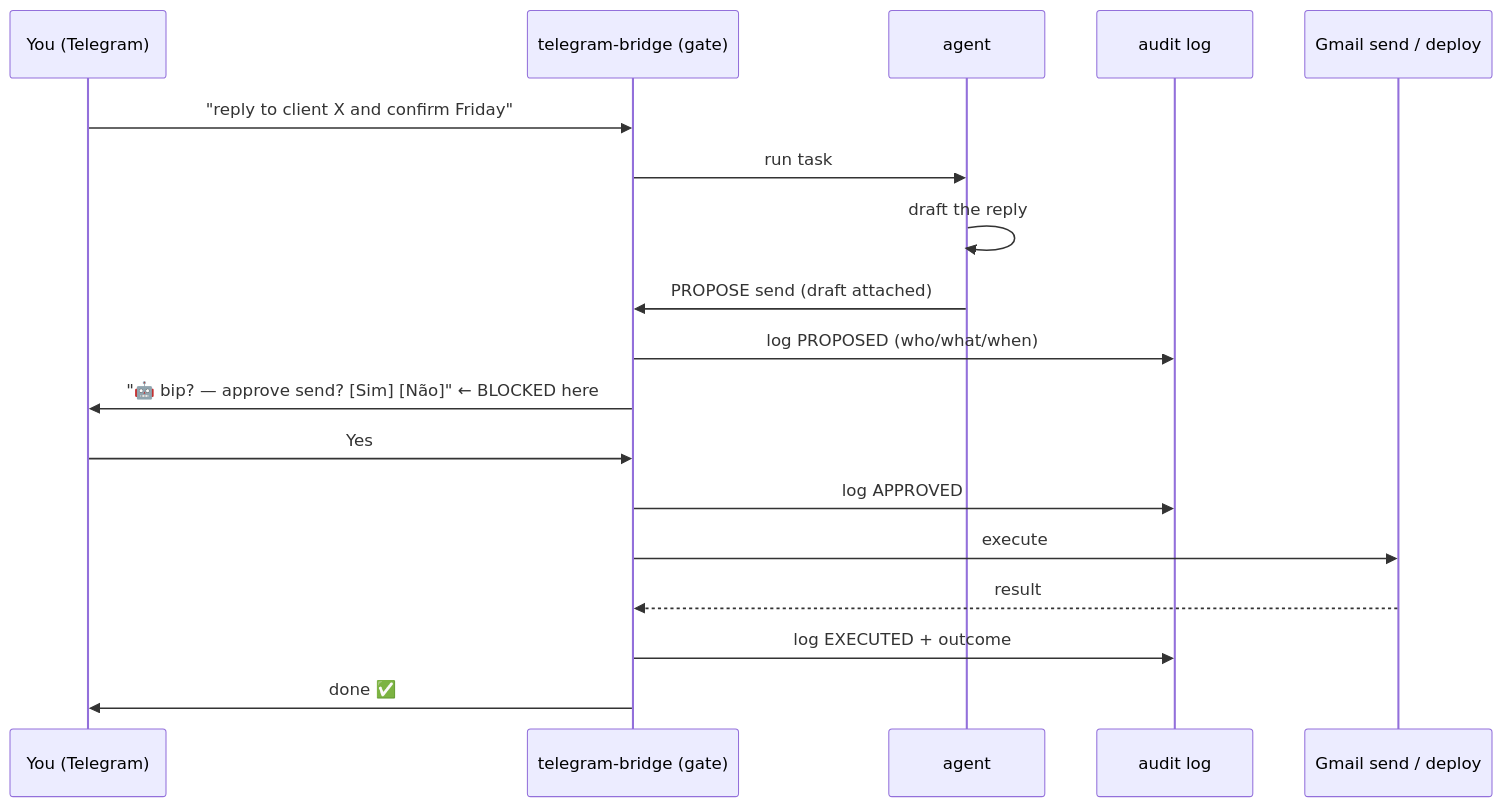
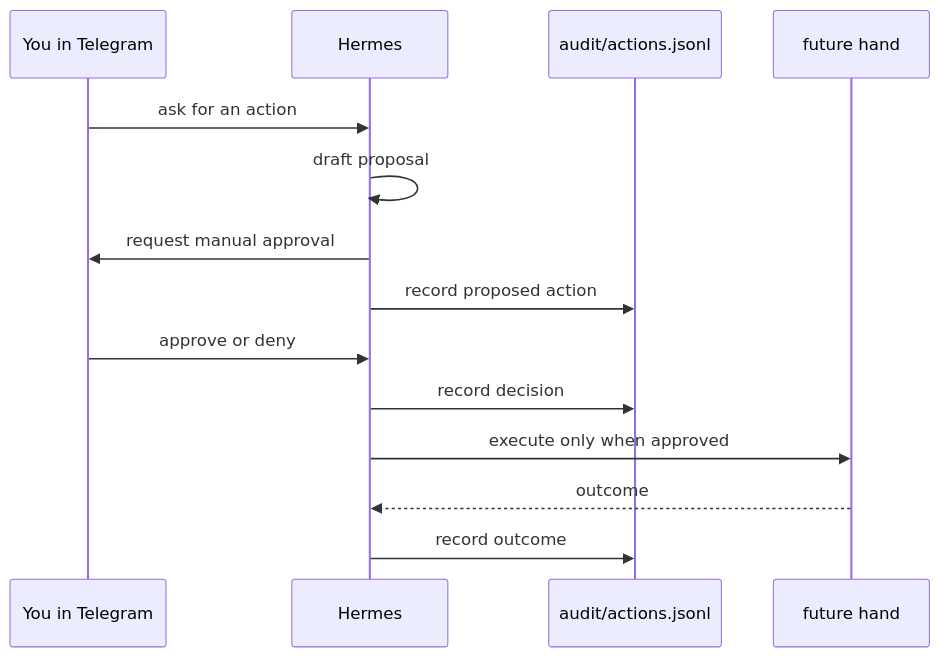
The third of 3 diagrams in docs/ARCHITECTURE.md (suporterfid/bip-sidekick), drawn with Mermaid before and after one commit. The commit also changed other lines of this file and 25 other files, not shown here.

````diff
--- a/docs/ARCHITECTURE.md
+++ b/docs/ARCHITECTURE.md
@@ -77,21 +66,17 @@
 ```mermaid
 sequenceDiagram
-    participant You as You (Telegram)
-    participant TG as telegram-bridge (gate)
-    participant Agent as agent
-    participant Audit as audit log
-    participant Tool as Gmail send / deploy
+    participant You as You in Telegram
+    participant H as Hermes
+    participant Audit as audit/actions.jsonl
+    participant Tool as future hand
 
-    You->>TG: "reply to client X and confirm Friday"
-    TG->>Agent: run task
-    Agent->>Agent: draft the reply
-    Agent->>TG: PROPOSE send (draft attached)
-    TG->>Audit: log PROPOSED (who/what/when)
-    TG->>You: "🤖 bip? — approve send? [Sim] [Não]"  ← BLOCKED here
-    You->>TG: Yes
-    TG->>Audit: log APPROVED
-    TG->>Tool: execute
-    Tool-->>TG: result
-    TG->>Audit: log EXECUTED + outcome
-    TG->>You: done ✅
+    You->>H: ask for an action
+    H->>H: draft proposal
+    H->>You: request manual approval
+    H->>Audit: record proposed action
+    You->>H: approve or deny
+    H->>Audit: record decision
+    H->>Tool: execute only when approved
+    Tool-->>H: outcome
+    H->>Audit: record outcome
 ```
````
